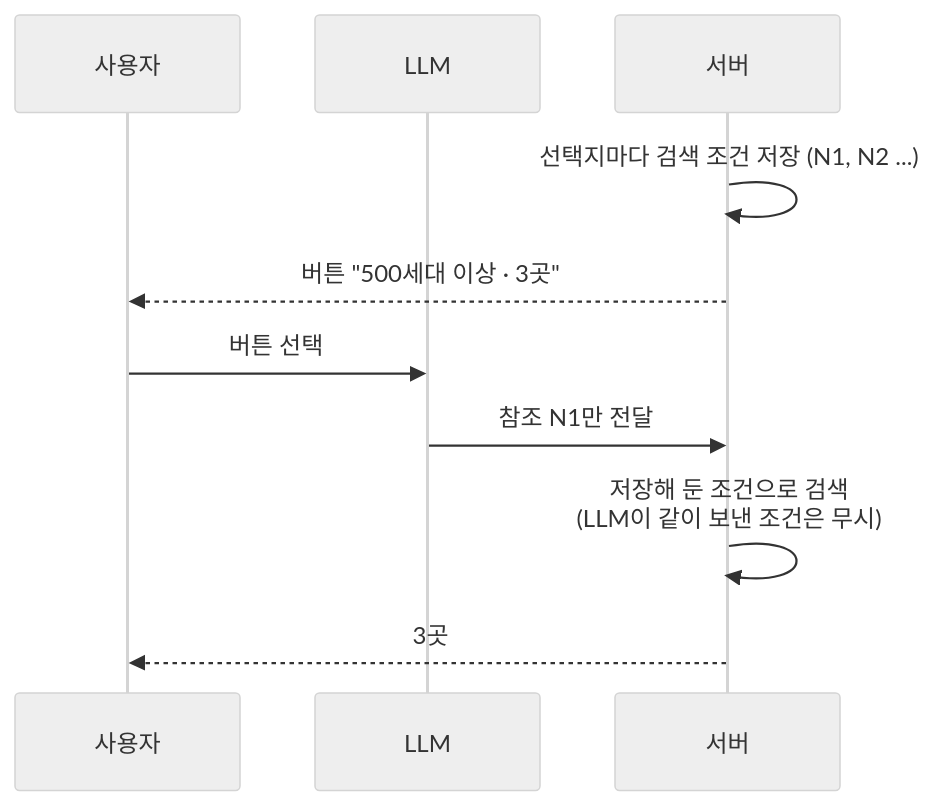
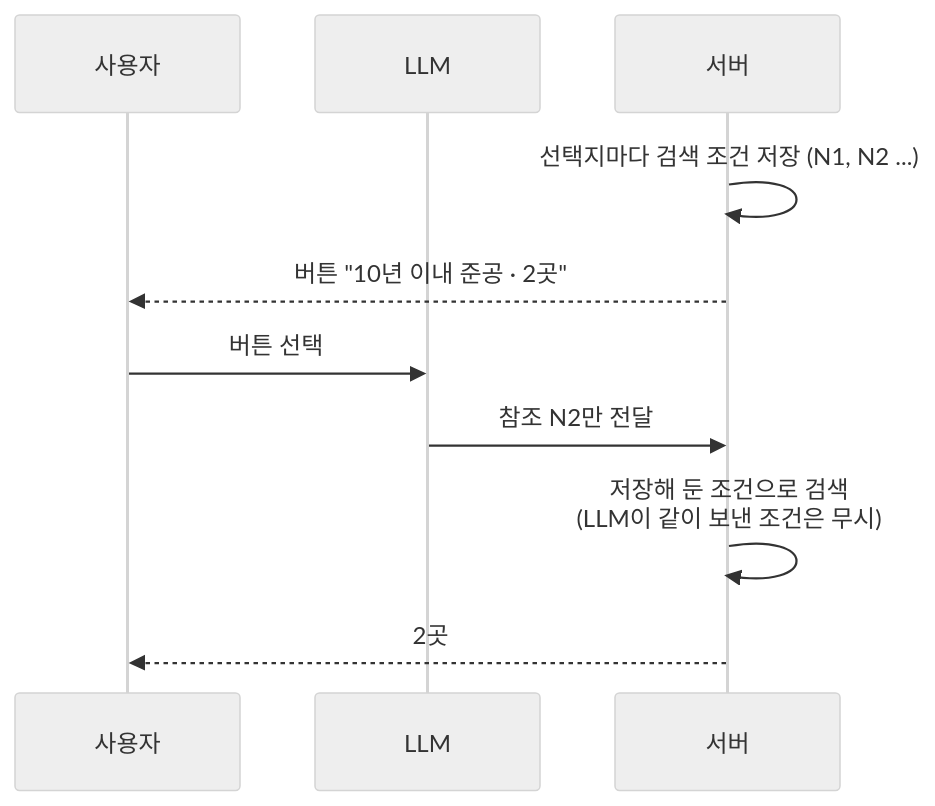
Before and after one commit to 12OneTwo12/12OneTwo12.github.io: the fourth of 6 diagrams in content/blog/architecture/real-estate-integrated-agent.ko.md, drawn with Mermaid (neutral theme). The commit also changed other lines of this file and 1 other file, not shown here.

````diff
--- a/content/blog/architecture/real-estate-integrated-agent.ko.md
+++ b/content/blog/architecture/real-estate-integrated-agent.ko.md
@@ -165,12 +172,12 @@
 ```mermaid
 sequenceDiagram
     participant U as 사용자
     participant L as LLM
     participant S as 서버
     S->>S: 선택지마다 검색 조건 저장 (N1, N2 ...)
-    S-->>U: 버튼 "500세대 이상 · 3곳"
+    S-->>U: 버튼 "10년 이내 준공 · 2곳"
     U->>L: 버튼 선택
-    L->>S: 참조 N1만 전달
+    L->>S: 참조 N2만 전달
     S->>S: 저장해 둔 조건으로 검색<br/>(LLM이 같이 보낸 조건은 무시)
-    S-->>U: 3곳
+    S-->>U: 2곳
 ```
````
